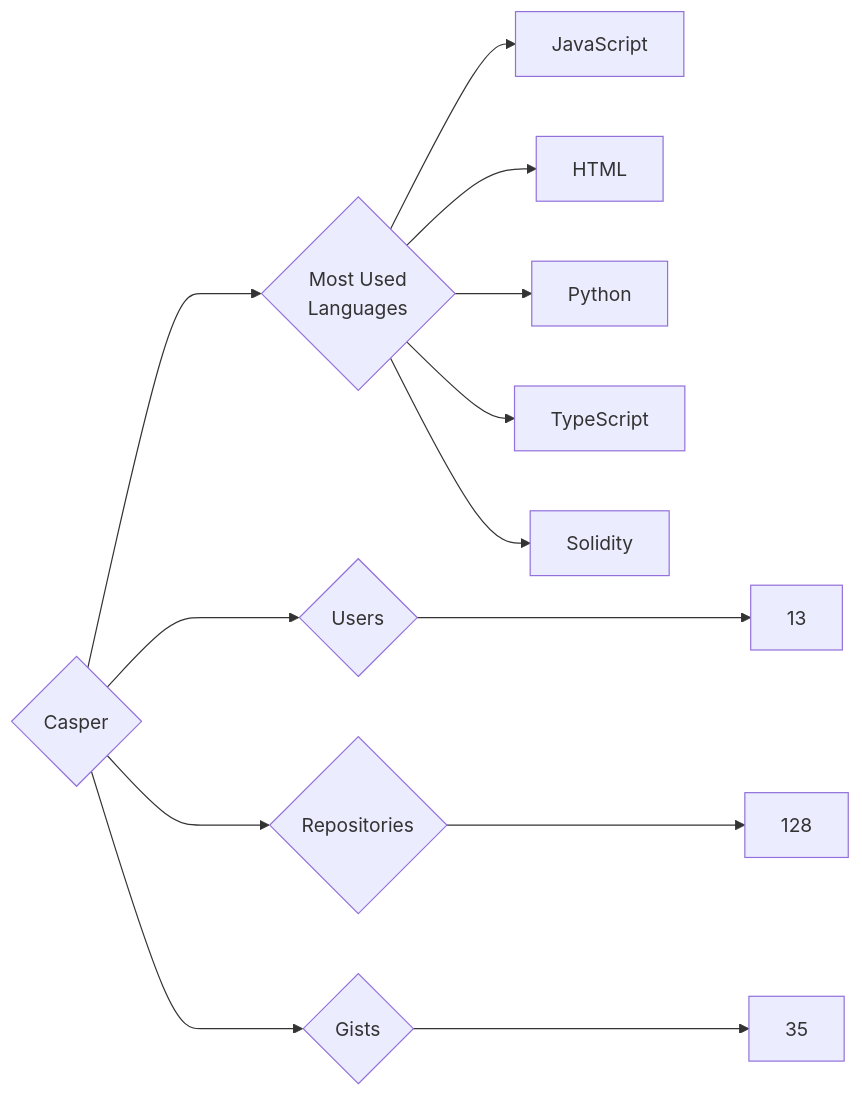
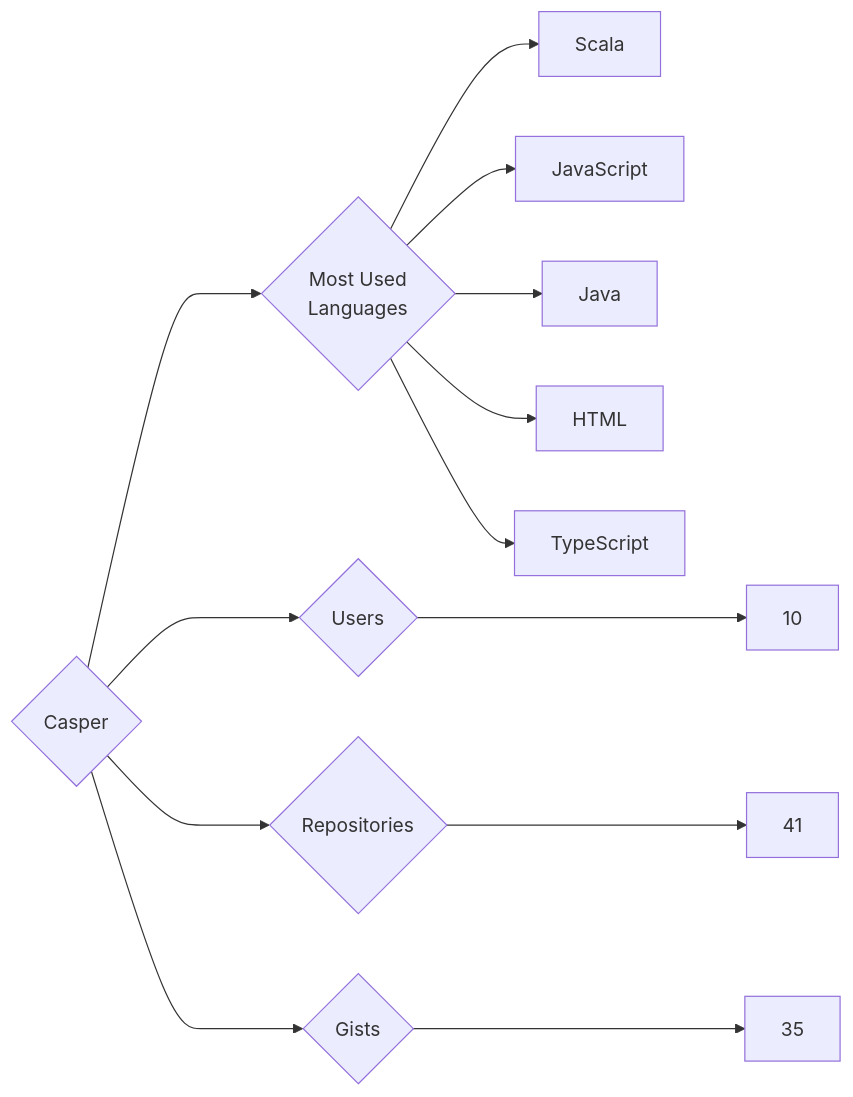
Before and after one commit to trickest/insiders: the diagram in targets/Casper/README.md, drawn with Mermaid. The commit also changed 681 other files, not shown here.

````diff
--- a/targets/Casper/README.md
+++ b/targets/Casper/README.md
@@ -3,13 +3,13 @@
 ```mermaid
 graph LR
 COMPANY_NAME{Casper}
-COMPANY_NAME ---> U{Users} ---> UN[13]
-COMPANY_NAME ---> R{Repositories} ---> RN[128]
+COMPANY_NAME ---> U{Users} ---> UN[10]
+COMPANY_NAME ---> R{Repositories} ---> RN[41]
 COMPANY_NAME ---> G{Gists} ---> GN[35]
 COMPANY_NAME ---> ML{Most Used<br>Languages}
+ML --> Scala[Scala]
 ML --> JavaScript[JavaScript]
+ML --> Java[Java]
 ML --> HTML[HTML]
-ML --> Python[Python]
 ML --> TypeScript[TypeScript]
-ML --> Solidity[Solidity]
 ```
````
